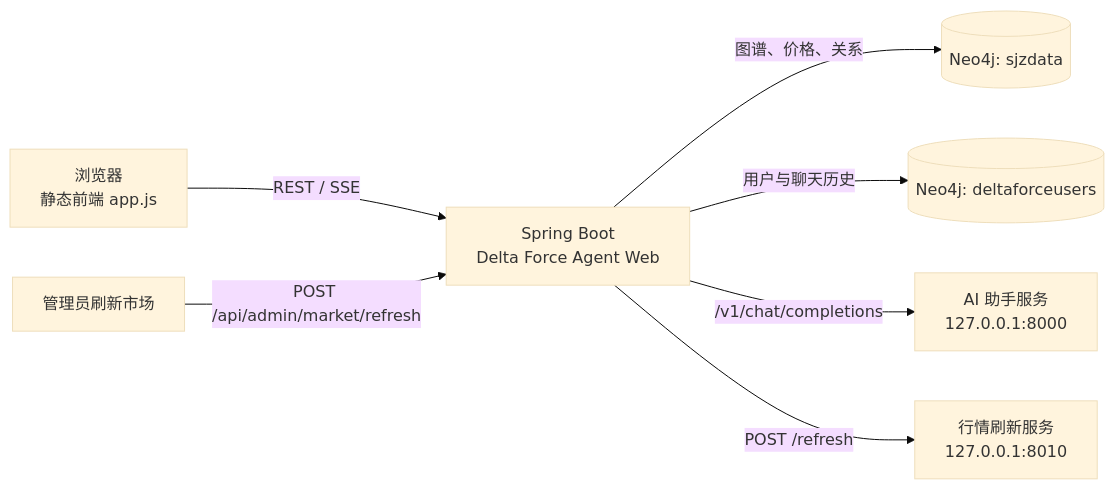
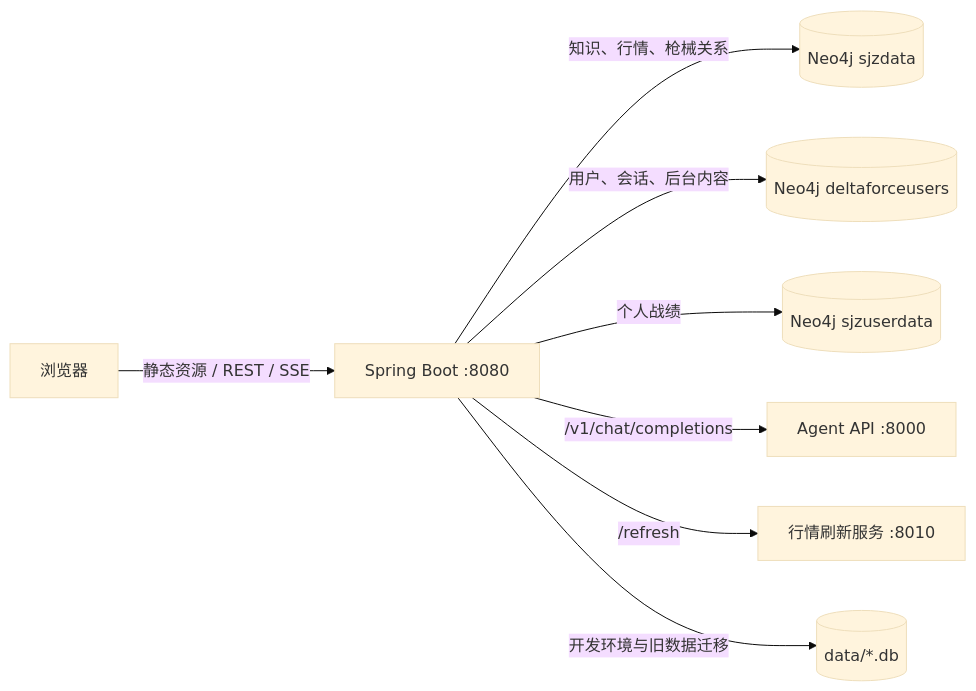
One commit to APOblank/DeltaForceAgentWeb changed the diagram in README.md. Above: the diagram before and after it, drawn with Mermaid (base theme). The commit also changed other lines of this file and 12 other files, not shown here.

````diff
--- a/README.md
+++ b/README.md
@@ -17,9 +34,10 @@
 ```mermaid
 flowchart LR
-    Browser[浏览器\n静态前端 app.js] -->|REST / SSE| Web[Spring Boot\nDelta Force Agent Web]
-    Web -->|图谱、价格、关系| Graph[(Neo4j: sjzdata)]
-    Web -->|用户与聊天历史| Users[(Neo4j: deltaforceusers)]
-    Web -->|/v1/chat/completions| Agent[AI 助手服务\n127.0.0.1:8000]
-    Admin[管理员刷新市场] -->|POST /api/admin/market/refresh| Web
-    Web -->|POST /refresh| Refresh[行情刷新服务\n127.0.0.1:8010]
+    Browser[浏览器] -->|静态资源 / REST / SSE| Web[Spring Boot :8080]
+    Web -->|知识、行情、枪械关系| Knowledge[(Neo4j sjzdata)]
+    Web -->|用户、会话、后台内容| Users[(Neo4j deltaforceusers)]
+    Web -->|个人战绩| Stats[(Neo4j sjzuserdata)]
+    Web -->|/v1/chat/completions| Agent[Agent API :8000]
+    Web -->|/refresh| Market[行情刷新服务 :8010]
+    Web -->|开发环境与旧数据迁移| H2[(data/*.db)]
 ```
````
